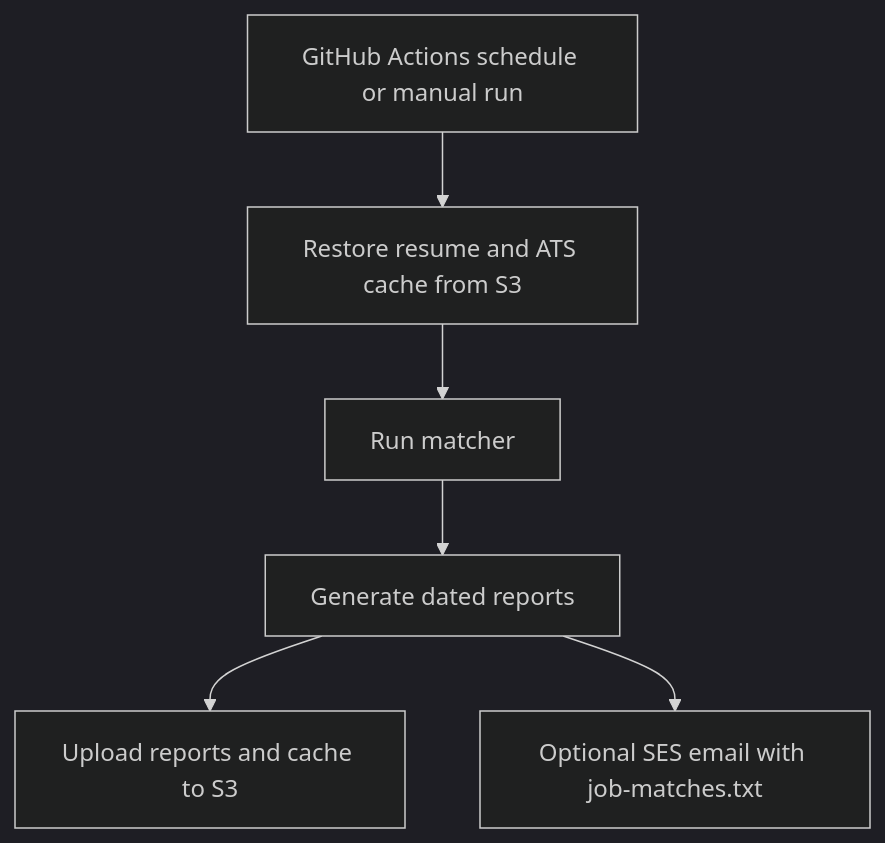
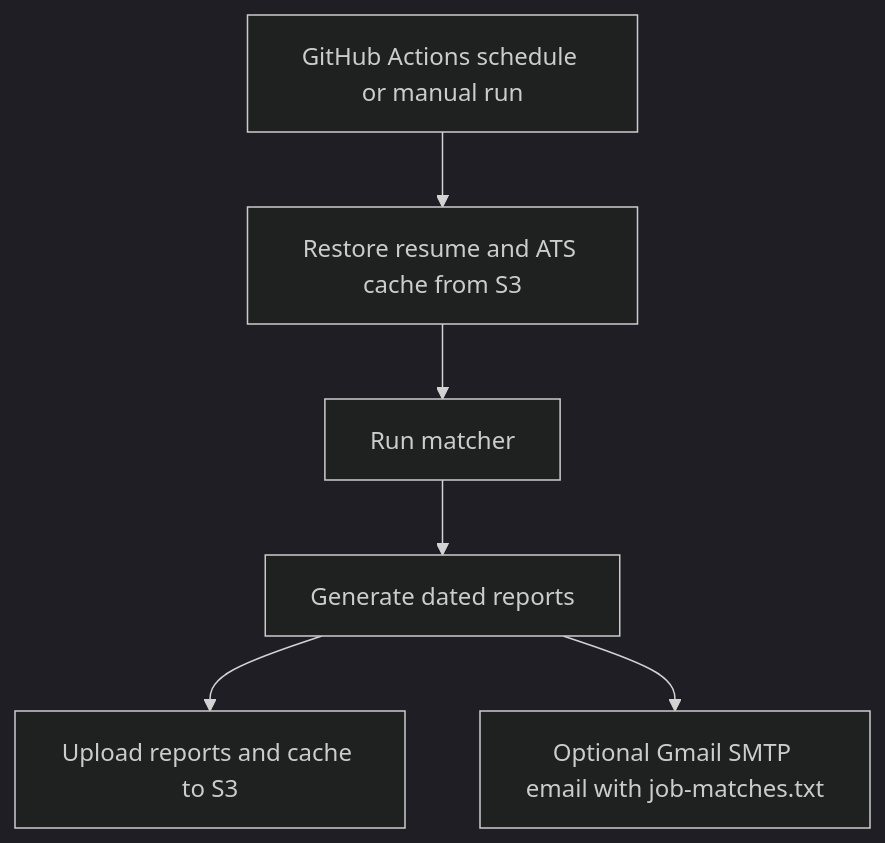
One commit to shankr/dada changed the second of 2 diagrams in README.md. Above: the diagram before and after it, drawn with Mermaid (dark theme). The commit also changed other lines of this file and 3 other files, not shown here.

Commit message:
Update to use gmail SMTP

````diff
--- a/README.md
+++ b/README.md
@@ -60,8 +60,8 @@
 ```mermaid
 flowchart TD
     A[GitHub Actions schedule or manual run] --> B[Restore resume and ATS cache from S3]
     B --> C[Run matcher]
     C --> D[Generate dated reports]
     D --> E[Upload reports and cache to S3]
-    D --> F[Optional SES email with job-matches.txt]
+    D --> F[Optional Gmail SMTP email with job-matches.txt]
 ```
````
